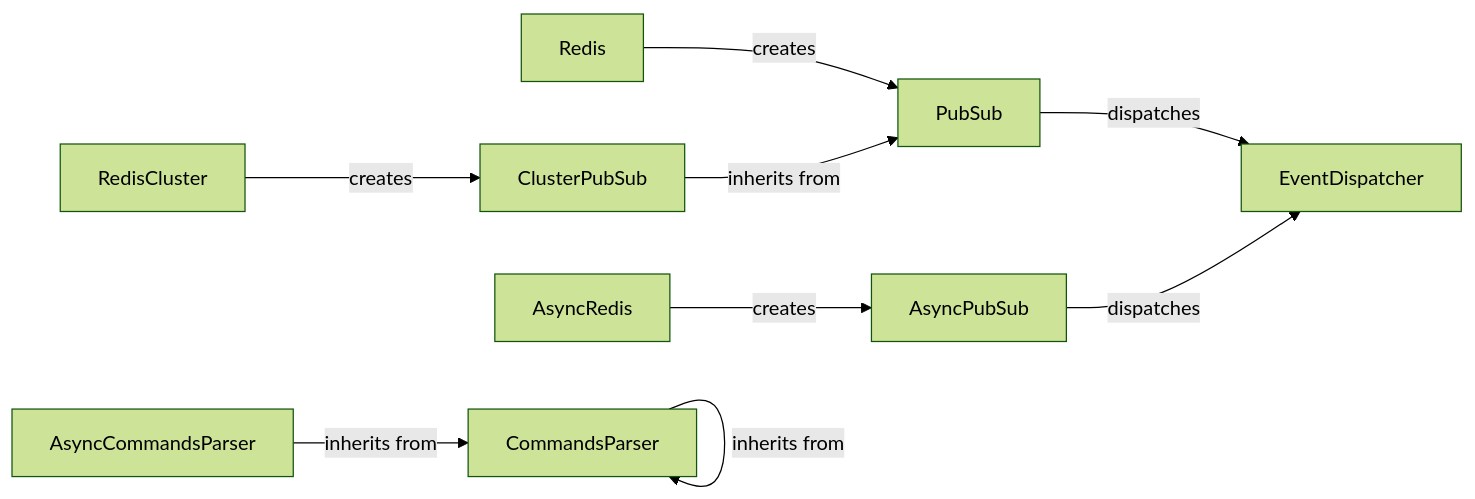
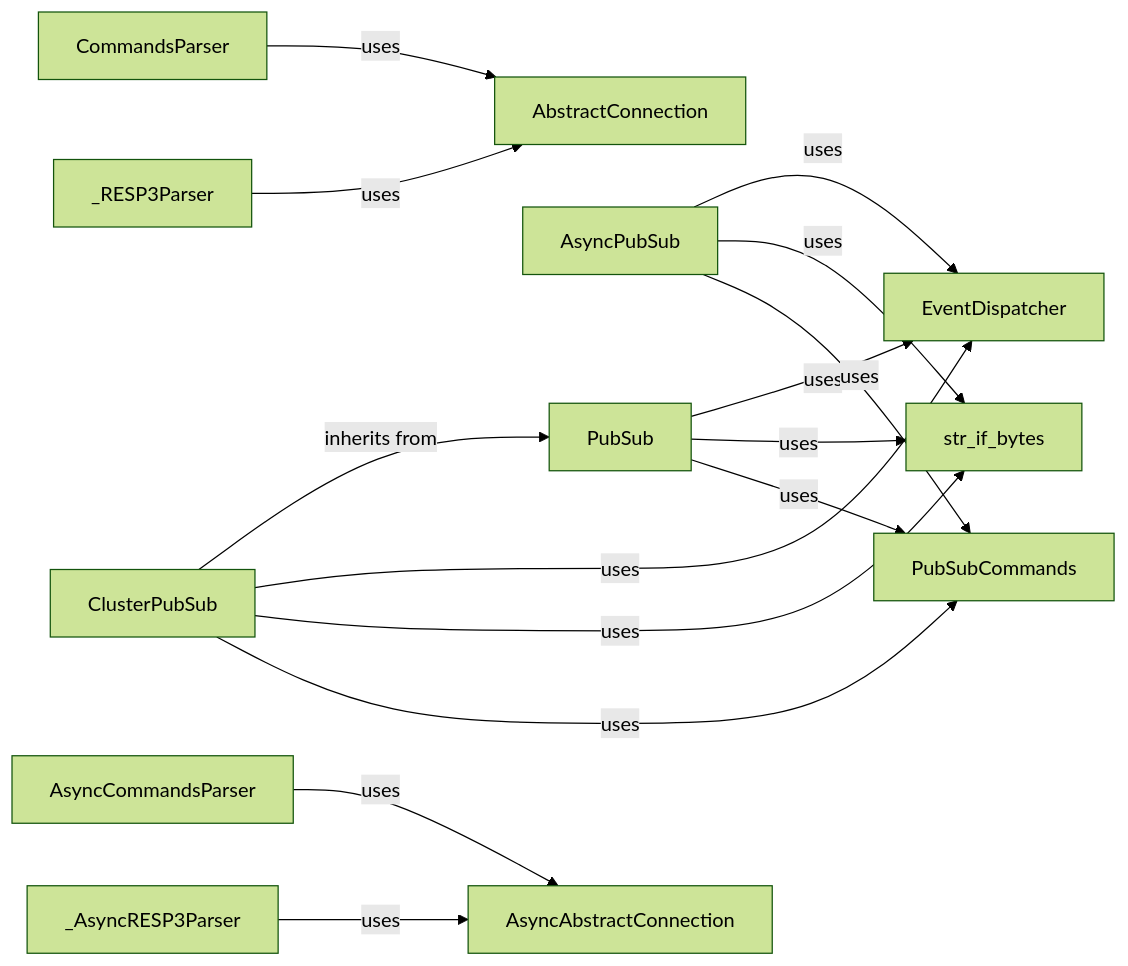
One commit to CodeBoarding/GeneratedOnBoardings changed the diagram in redis-py/PubSub Messaging.md. Above: the diagram before and after it, drawn with Mermaid (forest theme). The commit also changed other lines of this file and 12 other files, not shown here.

````diff
--- a/redis-py/PubSub Messaging.md
+++ b/redis-py/PubSub Messaging.md
@@ -1,20 +1,25 @@
 ```mermaid
 graph LR
     PubSub["PubSub"]
+    ClusterPubSub["ClusterPubSub"]
     AsyncPubSub["AsyncPubSub"]
-    Redis["Redis"]
-    AsyncRedis["AsyncRedis"]
-    ClusterPubSub["ClusterPubSub"]
-    RedisCluster["RedisCluster"]
+    PubSubCommands["PubSubCommands"]
     EventDispatcher["EventDispatcher"]
-    CommandsParser["CommandsParser"]
-    AsyncCommandsParser["AsyncCommandsParser"]
-    Redis -- "creates" --> PubSub
-    AsyncRedis -- "creates" --> AsyncPubSub
-    RedisCluster -- "creates" --> ClusterPubSub
+    str_if_bytes["str_if_bytes"]
+    AbstractConnection["AbstractConnection"]
+    AsyncAbstractConnection["AsyncAbstractConnection"]
     ClusterPubSub -- "inherits from" --> PubSub
-    PubSub -- "dispatches" --> EventDispatcher
-    AsyncPubSub -- "dispatches" --> EventDispatcher
-    CommandsParser -- "inherits from" --> CommandsParser
-    AsyncCommandsParser -- "inherits from" --> CommandsParser
+    PubSub -- "uses" --> EventDispatcher
+    ClusterPubSub -- "uses" --> EventDispatcher
+    AsyncPubSub -- "uses" --> EventDispatcher
+    PubSub -- "uses" --> str_if_bytes
+    ClusterPubSub -- "uses" --> str_if_bytes
+    AsyncPubSub -- "uses" --> str_if_bytes
+    PubSub -- "uses" --> PubSubCommands
+    ClusterPubSub -- "uses" --> PubSubCommands
+    AsyncPubSub -- "uses" --> PubSubCommands
+    CommandsParser -- "uses" --> AbstractConnection
+    AsyncCommandsParser -- "uses" --> AsyncAbstractConnection
+    _RESP3Parser -- "uses" --> AbstractConnection
+    _AsyncRESP3Parser -- "uses" --> AsyncAbstractConnection
 ```
````
